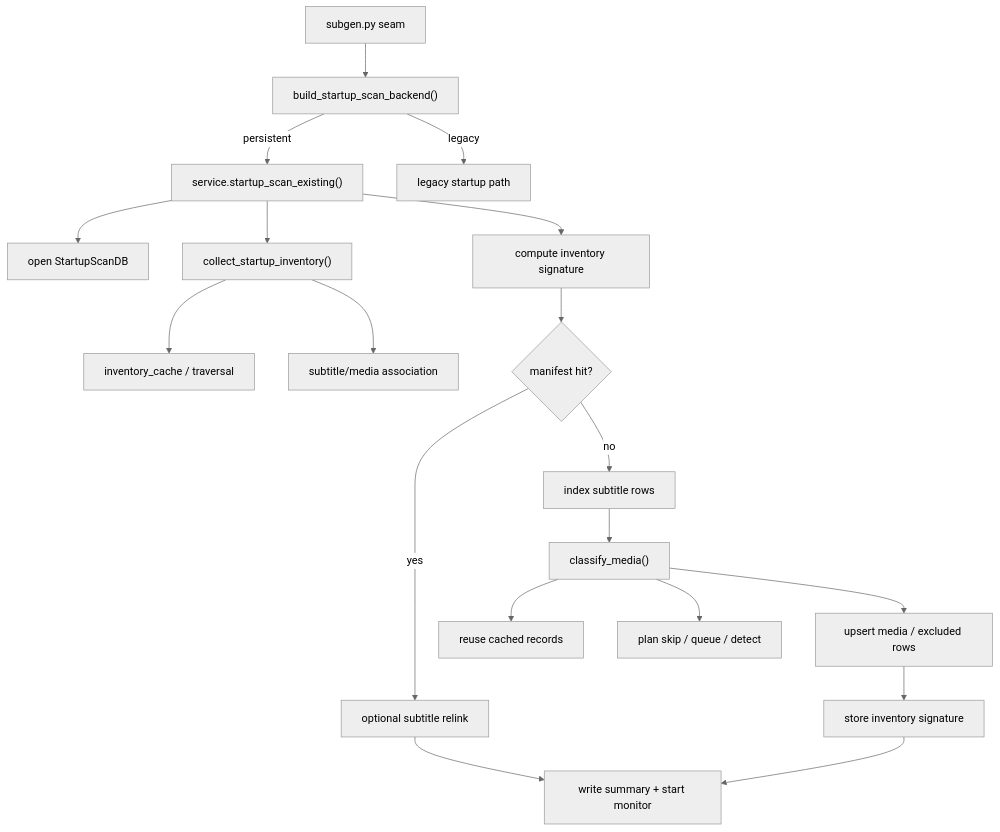
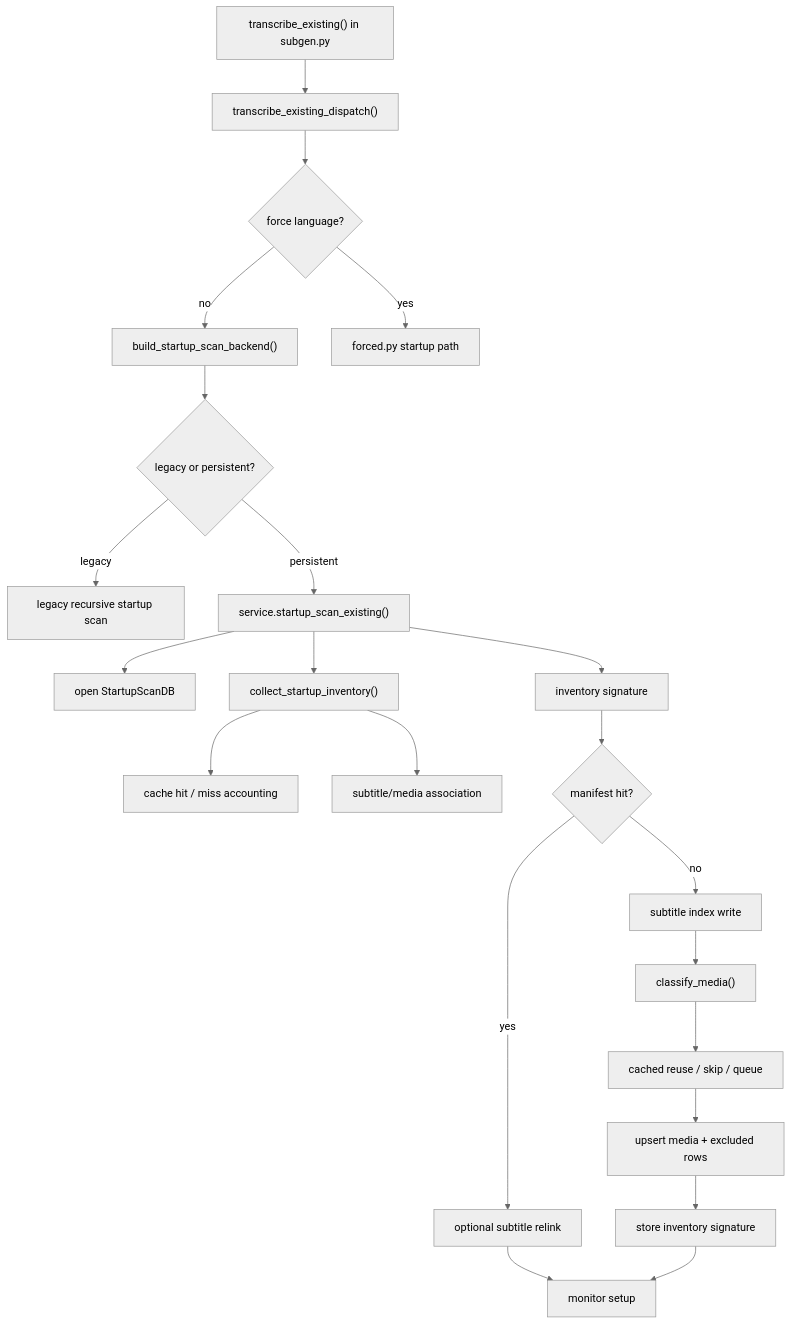
Before and after one commit to ngallodev/subgen: the second of 5 diagrams in subgen_startup_scan/README.md, drawn with Mermaid (neutral theme). The commit also changed other lines of this file and 34 other files, not shown here.

Commit message:
Improve persistent warm startup cache reuse

````diff
--- a/subgen_startup_scan/README.md
+++ b/subgen_startup_scan/README.md
@@ -77,25 +92,29 @@
 ```mermaid
 flowchart TD
-    A["subgen.py seam"] --> B["build_startup_scan_backend()"]
-    B -->|persistent| C["service.startup_scan_existing()"]
-    B -->|legacy| D["legacy startup path"]
+    A["transcribe_existing() in subgen.py"] --> B["transcribe_existing_dispatch()"]
+    B --> C{"force language?"}
 
-    C --> E["open StartupScanDB"]
-    C --> F["collect_startup_inventory()"]
-    F --> G["inventory_cache / traversal"]
-    F --> H["subtitle/media association"]
+    C -->|no| D["build_startup_scan_backend()"]
+    D --> E{"legacy or persistent?"}
+    E -->|legacy| F["legacy recursive startup scan"]
+    E -->|persistent| G["service.startup_scan_existing()"]
 
-    C --> I["compute inventory signature"]
-    I --> J{"manifest hit?"}
+    C -->|yes| H["forced.py startup path"]
 
-    J -->|yes| K["optional subtitle relink"]
-    K --> L["write summary + start monitor"]
+    G --> I["open StartupScanDB"]
+    G --> J["collect_startup_inventory()"]
+    J --> K["cache hit / miss accounting"]
+    J --> L["subtitle/media association"]
 
-    J -->|no| M["index subtitle rows"]
-    M --> N["classify_media()"]
-    N --> O["reuse cached records"]
-    N --> P["plan skip / queue / detect"]
-    N --> Q["upsert media / excluded rows"]
-    Q --> R["store inventory signature"]
-    R --> L
+    G --> M["inventory signature"]
+    M --> N{"manifest hit?"}
+    N -->|yes| O["optional subtitle relink"]
+    O --> P["monitor setup"]
+
+    N -->|no| Q["subtitle index write"]
+    Q --> R["classify_media()"]
+    R --> S["cached reuse / skip / queue"]
+    S --> T["upsert media + excluded rows"]
+    T --> U["store inventory signature"]
+    U --> P
 ```
````
